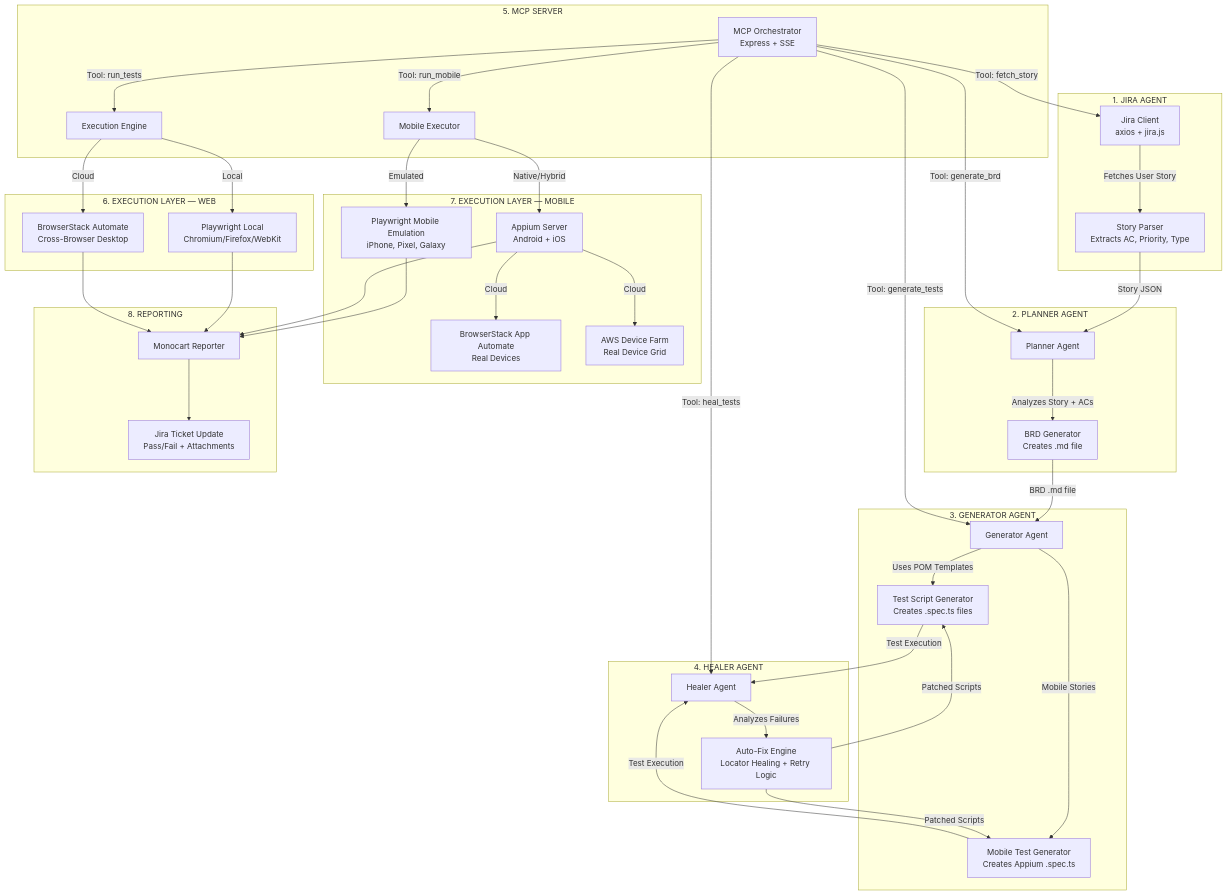
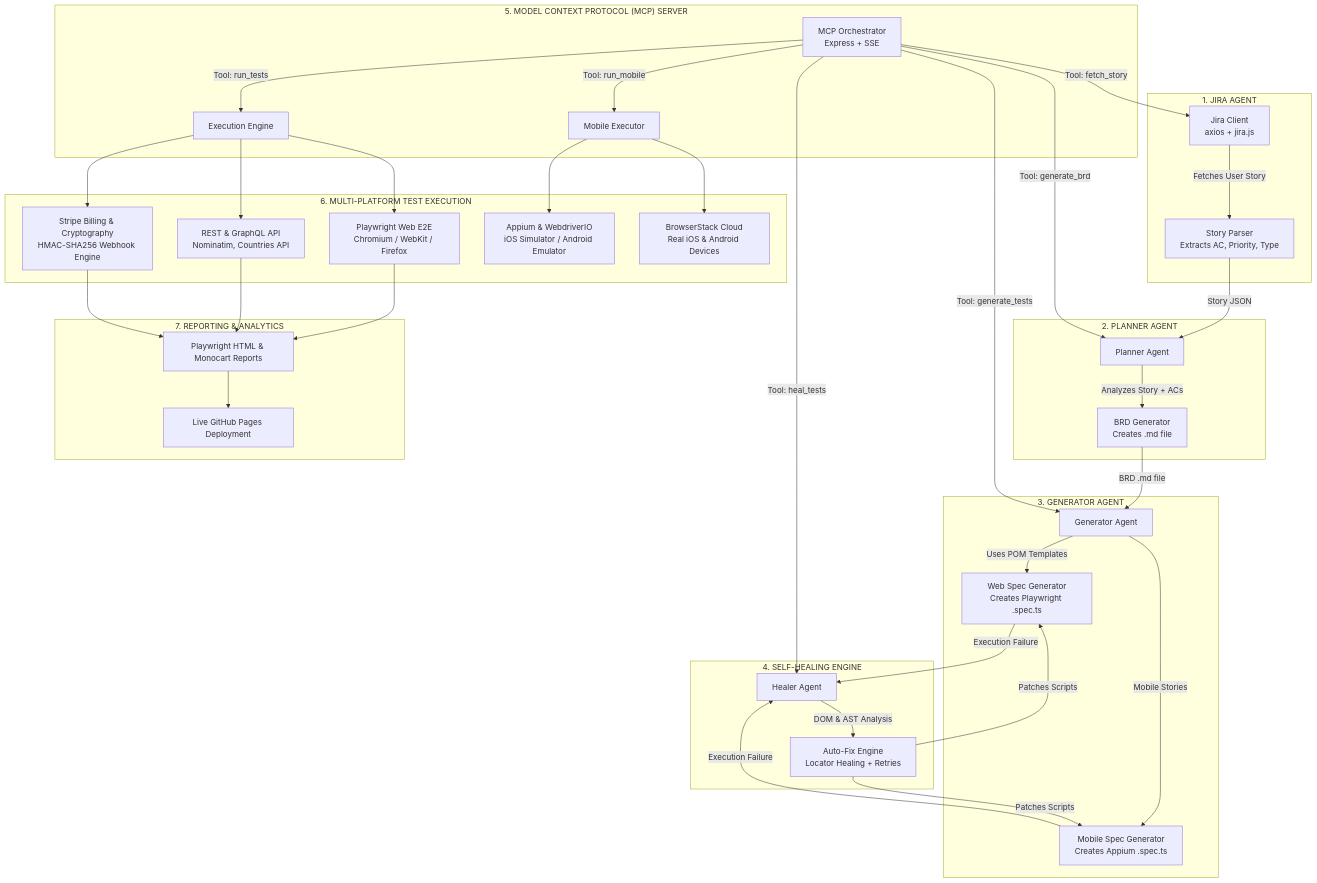
The diagram in README.md (abhirise1981/ai-test-automation-platform), drawn with Mermaid before and after one commit. The commit also changed other lines of this file, not shown here.

Commit message:
docs: elevate README with live badges, architecture diagram, and module matrix

````diff
--- a/README.md
+++ b/README.md
@@ -9,54 +18,49 @@
 ```mermaid
 graph TB
     subgraph "1. JIRA AGENT"
         JA[Jira Client<br/>axios + jira.js] -->|Fetches User Story| JP[Story Parser<br/>Extracts AC, Priority, Type]
     end
 
     subgraph "2. PLANNER AGENT"
         JP -->|Story JSON| PA[Planner Agent]
         PA -->|Analyzes Story + ACs| BRD[BRD Generator<br/>Creates .md file]
     end
 
     subgraph "3. GENERATOR AGENT"
         BRD -->|BRD .md file| GA[Generator Agent]
-        GA -->|Uses POM Templates| TS[Test Script Generator<br/>Creates .spec.ts files]
-        GA -->|Mobile Stories| MS[Mobile Test Generator<br/>Creates Appium .spec.ts]
+        GA -->|Uses POM Templates| TS[Web Spec Generator<br/>Creates Playwright .spec.ts]
+        GA -->|Mobile Stories| MS[Mobile Spec Generator<br/>Creates Appium .spec.ts]
     end
 
-    subgraph "4. HEALER AGENT"
-        TS -->|Test Execution| HA[Healer Agent]
-        MS -->|Test Execution| HA
-        HA -->|Analyzes Failures| FIX[Auto-Fix Engine<br/>Locator Healing + Retry Logic]
-        FIX -->|Patched Scripts| TS
-        FIX -->|Patched Scripts| MS
+    subgraph "4. SELF-HEALING ENGINE"
+        TS -->|Execution Failure| HA[Healer Agent]
+        MS -->|Execution Failure| HA
+        HA -->|DOM & AST Analysis| FIX[Auto-Fix Engine<br/>Locator Healing + Retries]
+        FIX -->|Patches Scripts| TS
+        FIX -->|Patches Scripts| MS
     end
 
-    subgraph "5. MCP SERVER"
+    subgraph "5. MODEL CONTEXT PROTOCOL (MCP) SERVER"
         MCP[MCP Orchestrator<br/>Express + SSE] -->|Tool: run_tests| EX[Execution Engine]
         MCP -->|Tool: fetch_story| JA
         MCP -->|Tool: generate_brd| PA
         MCP -->|Tool: generate_tests| GA
         MCP -->|Tool: heal_tests| HA
         MCP -->|Tool: run_mobile| MOB[Mobile Executor]
     end
 
-    subgraph "6. EXECUTION LAYER — WEB"
-        EX -->|Local| LOCAL[Playwright Local<br/>Chromium/Firefox/WebKit]
-        EX -->|Cloud| BS[BrowserStack Automate<br/>Cross-Browser Desktop]
+    subgraph "6. MULTI-PLATFORM TEST EXECUTION"
+        EX --> LOCAL[Playwright Web E2E<br/>Chromium / WebKit / Firefox]
+        EX --> API[REST & GraphQL API<br/>Nominatim, Countries API]
+        EX --> STRIPE[Stripe Billing & Cryptography<br/>HMAC-SHA256 Webhook Engine]
+        MOB --> APPIUM[Appium & WebdriverIO<br/>iOS Simulator / Android Emulator]
+        MOB --> BS[BrowserStack Cloud<br/>Real iOS & Android Devices]
     end
 
-    subgraph "7. EXECUTION LAYER — MOBILE"
-        MOB -->|Emulated| EMU[Playwright Mobile Emulation<br/>iPhone, Pixel, Galaxy]
-        MOB -->|Native/Hybrid| APPIUM[Appium Server<br/>Android + iOS]
-        APPIUM -->|Cloud| BSAPP[BrowserStack App Automate<br/>Real Devices]
-        APPIUM -->|Cloud| AWSDF[AWS Device Farm<br/>Real Device Grid]
-    end
-
-    subgraph "8. REPORTING"
-        LOCAL --> RPT[Monocart Reporter]
-        BS --> RPT
-        EMU --> RPT
-        APPIUM --> RPT
-        RPT --> JIRA_UPDATE[Jira Ticket Update<br/>Pass/Fail + Attachments]
+    subgraph "7. REPORTING & ANALYTICS"
+        LOCAL --> RPT[Playwright HTML & Monocart Reports]
+        API --> RPT
+        STRIPE --> RPT
+        RPT --> GHPAGES[Live GitHub Pages Deployment]
     end
 ```
````
